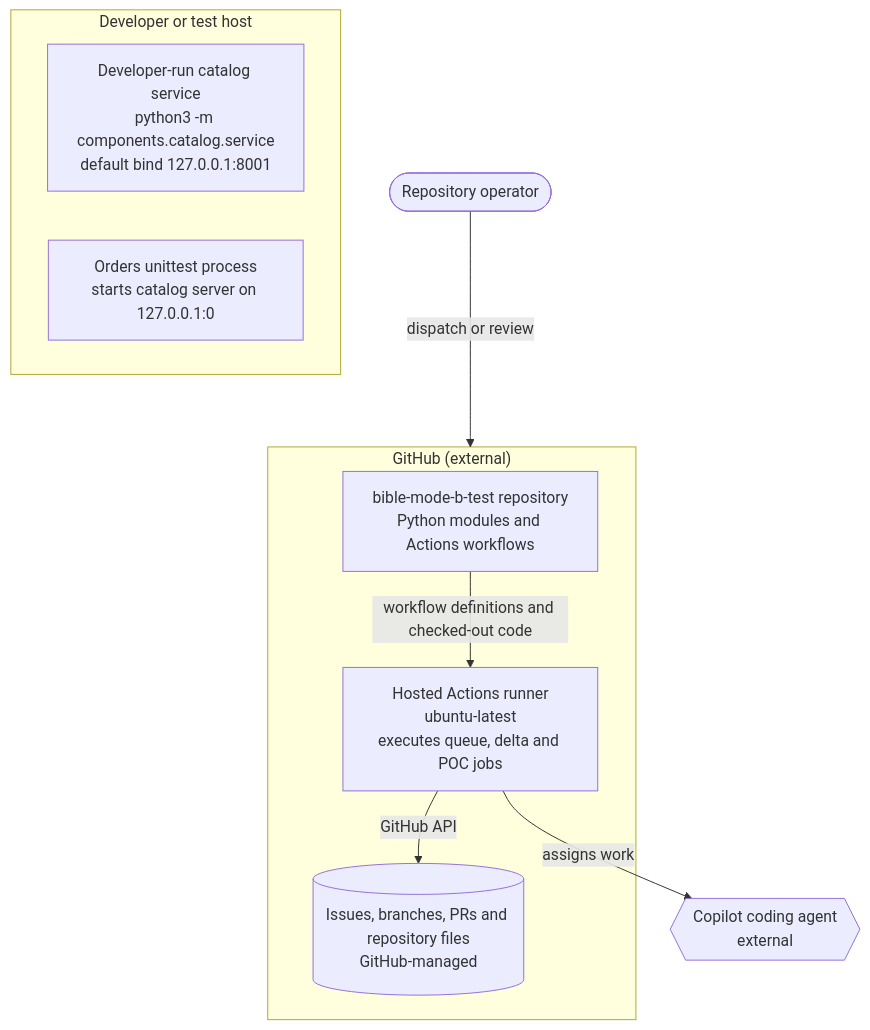
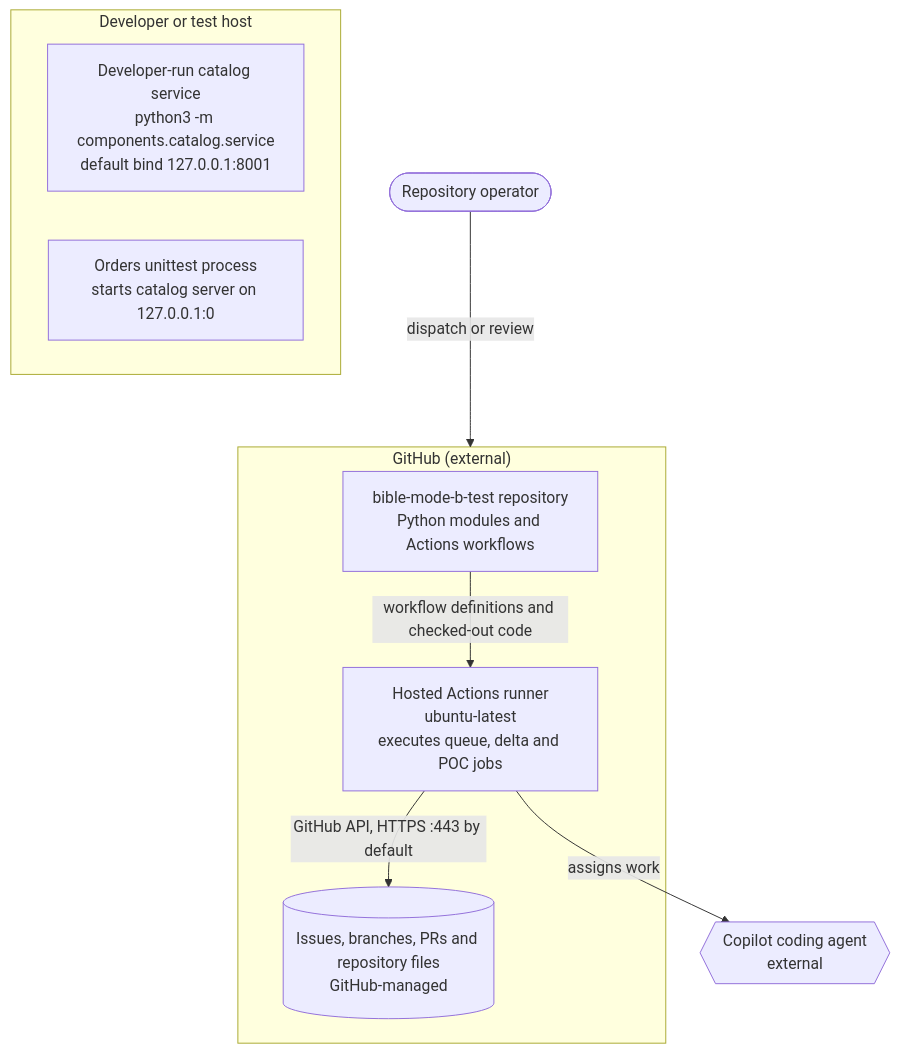
One commit to vishalc412/bible-mode-b-test changed the second of 2 diagrams in codebase-analysis/hld/02-architecture.md. Above: the diagram before and after it, drawn with Mermaid. The commit also changed other lines of this file and 27 other files, not shown here.

````diff
--- a/codebase-analysis/hld/02-architecture.md
+++ b/codebase-analysis/hld/02-architecture.md
@@ -77,18 +77,18 @@
 ```mermaid
 flowchart TB
   operator(["Repository operator"])
   subgraph github["GitHub (external)"]
     repo["bible-mode-b-test repository<br/>Python modules and Actions workflows"]
     runner["Hosted Actions runner<br/>ubuntu-latest<br/>executes queue, delta and POC jobs"]
     issues[("Issues, branches, PRs and repository files<br/>GitHub-managed")]
   end
   subgraph local["Developer or test host"]
     catalogdev["Developer-run catalog service<br/>python3 -m components.catalog.service<br/>default bind 127.0.0.1:8001"]
     testprocess["Orders unittest process<br/>starts catalog server on 127.0.0.1:0"]
   end
   copilot{{"Copilot coding agent<br/>external"}}
   operator -->|"dispatch or review"| github
   repo -->|"workflow definitions and checked-out code"| runner
-  runner -->|"GitHub API"| issues
+  runner -->|"GitHub API, HTTPS :443 by default"| issues
   runner -->|"assigns work"| copilot
 ```
````
